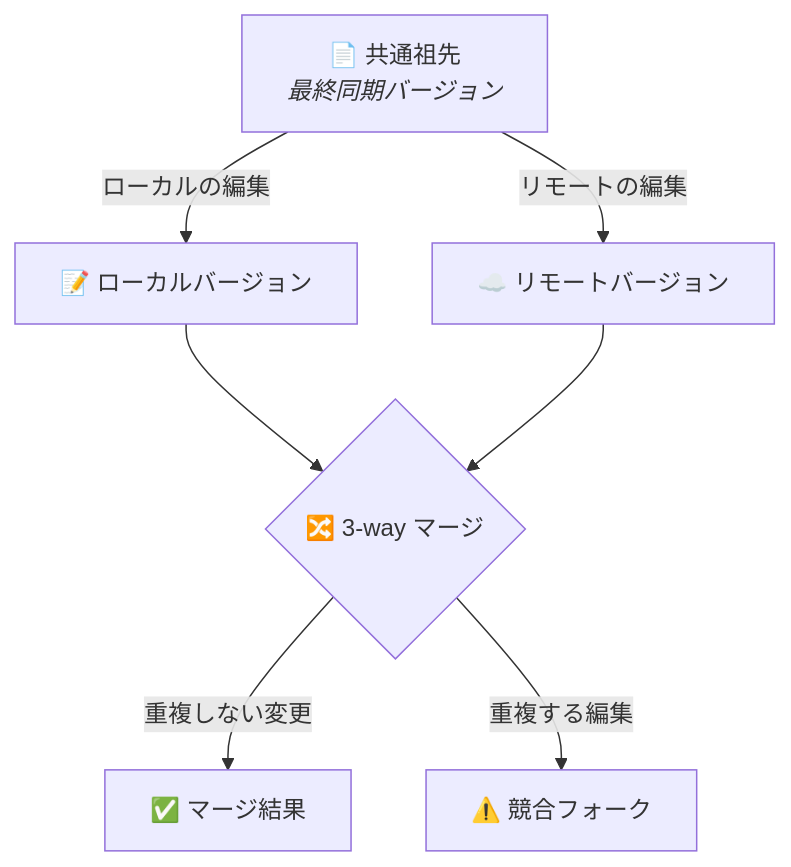
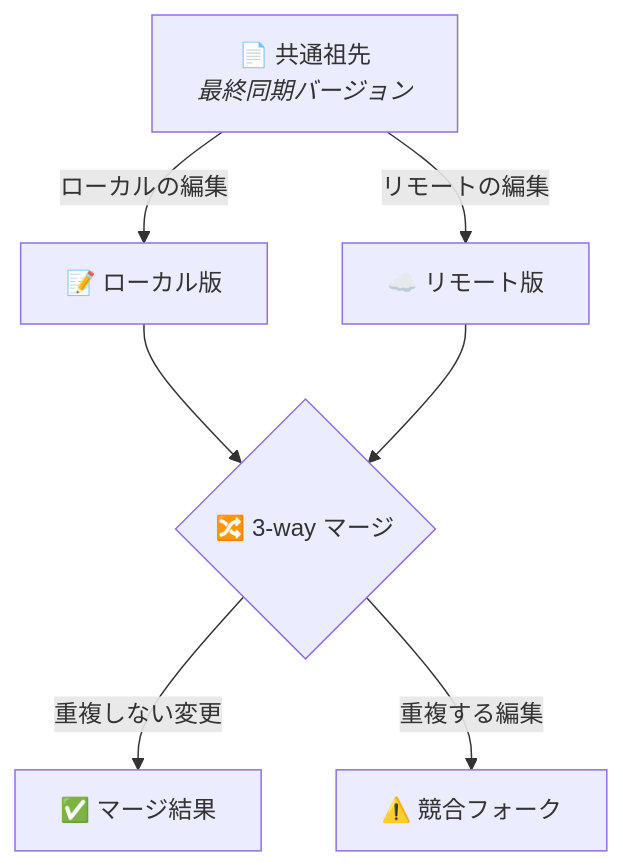
Before and after one commit to c-ardinal/obsidian-vault-sync: the third of 4 diagrams in README_ja.md, drawn with Mermaid. The commit also changed other lines of this file and 5 other files, not shown here.

````diff
--- a/README_ja.md
+++ b/README_ja.md
@@ -281,10 +281,10 @@
 ```mermaid
 graph TD
     A["📄 共通祖先<br/><i>最終同期バージョン</i>"]
-    A -->|"ローカルの編集"| B["📝 ローカルバージョン"]
-    A -->|"リモートの編集"| C["☁️ リモートバージョン"]
+    A -->|"ローカルの編集"| B["📝 ローカル版"]
+    A -->|"リモートの編集"| C["☁️ リモート版"]
     B --> D{"🔀 3-way マージ"}
     C --> D
     D -->|"重複しない変更"| E["✅ マージ結果"]
     D -->|"重複する編集"| F["⚠️ 競合フォーク"]
 ```
````
